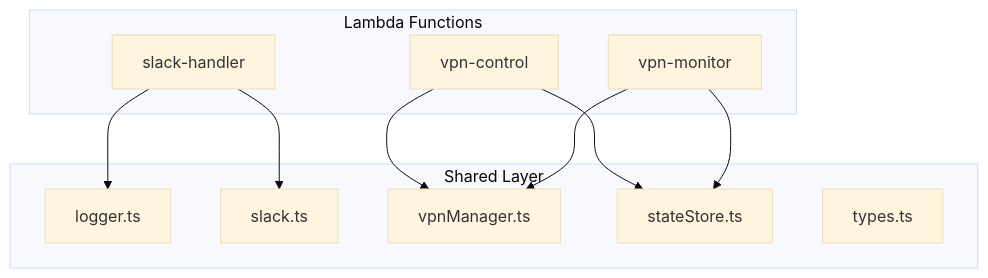
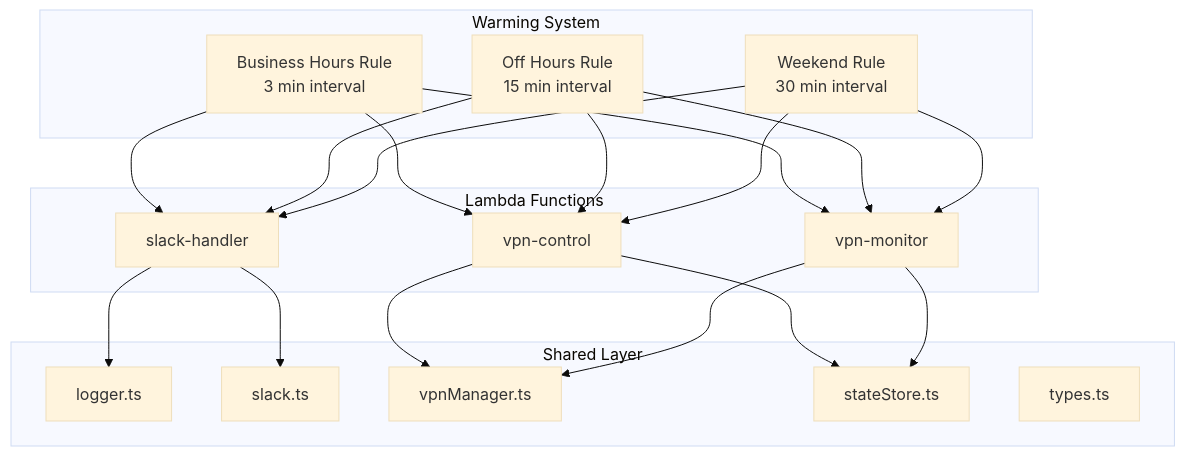
One commit to Newsleopard/nlInc-vpnMgmtTools changed the third of 4 diagrams in docs/technical-reference.md. Above: the diagram before and after it, drawn with Mermaid (base theme). The commit also changed other lines of this file and 19 other files, not shown here.

````diff
--- a/docs/technical-reference.md
+++ b/docs/technical-reference.md
@@ -314,23 +314,39 @@
 ```mermaid
 graph TB
     subgraph "Lambda Functions"
         A[slack-handler]
         B[vpn-control]
         C[vpn-monitor]
     end
     
     subgraph "Shared Layer"
         D[logger.ts]
         E[slack.ts]
         F[vpnManager.ts]
         G[stateStore.ts]
         H[types.ts]
     end
     
+    subgraph "Warming System"
+        I[Business Hours Rule<br/>3 min interval]
+        J[Off Hours Rule<br/>15 min interval]
+        K[Weekend Rule<br/>30 min interval]
+    end
+    
     A --> D
     A --> E
     B --> F
     B --> G
     C --> F
     C --> G
+    
+    I --> A
+    I --> B
+    I --> C
+    J --> A
+    J --> B
+    J --> C
+    K --> A
+    K --> B
+    K --> C
 ```
````
